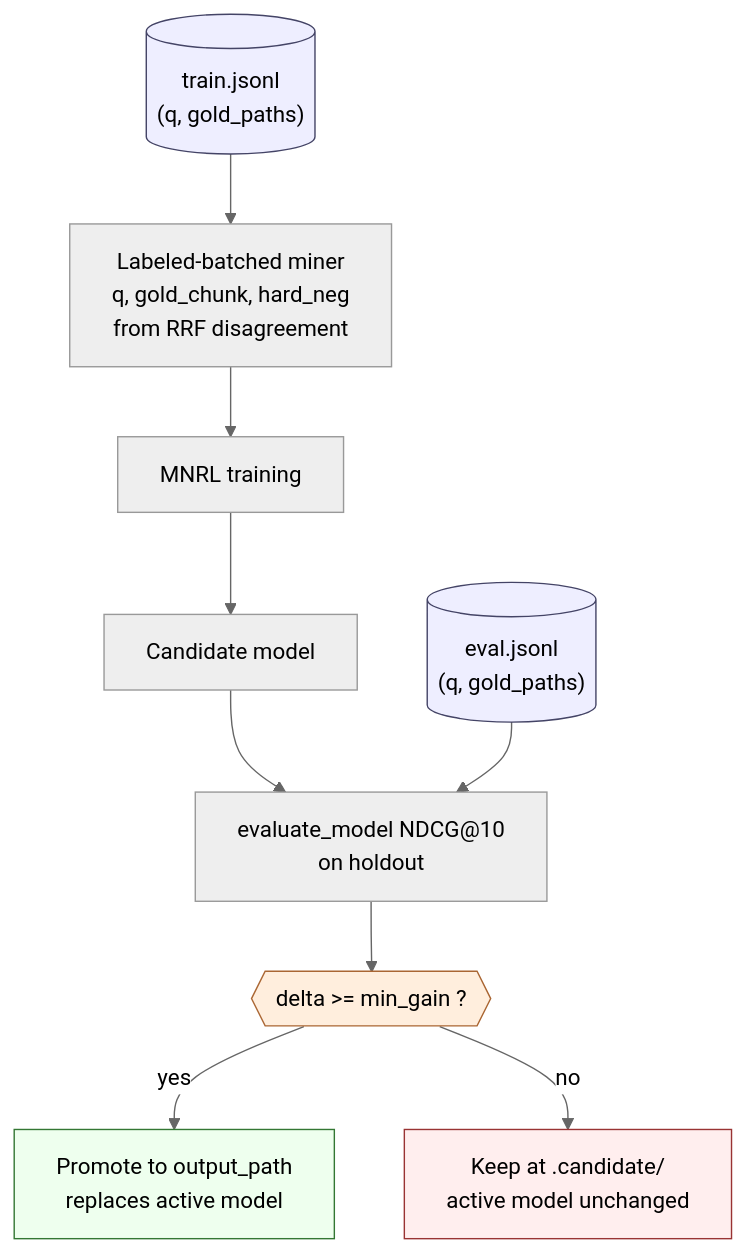
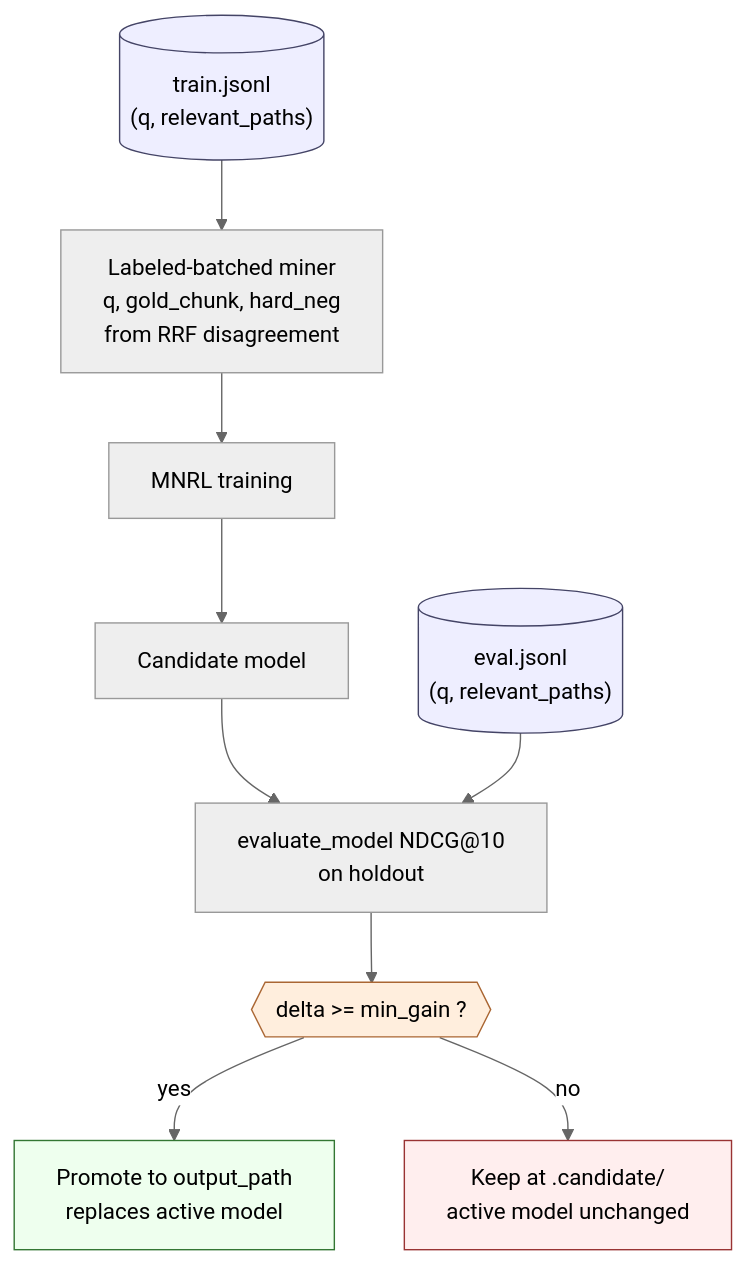
Before and after one commit to stffns/vstash: the second of 2 diagrams in paper/v2/vstash-paper-v2.md, drawn with Mermaid (neutral theme). The commit also changed other lines of this file and 18 other files, not shown here.

````diff
--- a/paper/v2/vstash-paper-v2.md
+++ b/paper/v2/vstash-paper-v2.md
@@ -706,30 +763,30 @@
 ```mermaid
 flowchart TB
-    TRAIN[("train.jsonl<br/>(q, gold_paths)")]
-    EVAL[("eval.jsonl<br/>(q, gold_paths)")]
+    TRAIN[("train.jsonl<br/>(q, relevant_paths)")]
+    EVAL[("eval.jsonl<br/>(q, relevant_paths)")]
     MINER["Labeled-batched miner<br/>q, gold_chunk, hard_neg<br/>from RRF disagreement"]
     MNRL["MNRL training"]
     CAND["Candidate model"]
     SCORE["evaluate_model NDCG@10<br/>on holdout"]
     GATE{{"delta >= min_gain ?"}}
     PROMOTE["Promote to output_path<br/>replaces active model"]
     KEEP["Keep at .candidate/<br/>active model unchanged"]
 
     TRAIN --> MINER
     MINER --> MNRL
     MNRL --> CAND
     CAND --> SCORE
     EVAL --> SCORE
     SCORE --> GATE
     GATE -->|yes| PROMOTE
     GATE -->|no| KEEP
 
     classDef io fill:#eef,stroke:#446,stroke-width:1px;
     classDef gate fill:#fed,stroke:#a63,stroke-width:1px;
     classDef good fill:#efe,stroke:#373,stroke-width:1px;
     classDef bad fill:#fee,stroke:#933,stroke-width:1px;
     class TRAIN,EVAL io;
     class GATE gate;
     class PROMOTE good;
     class KEEP bad;
 ```
````
